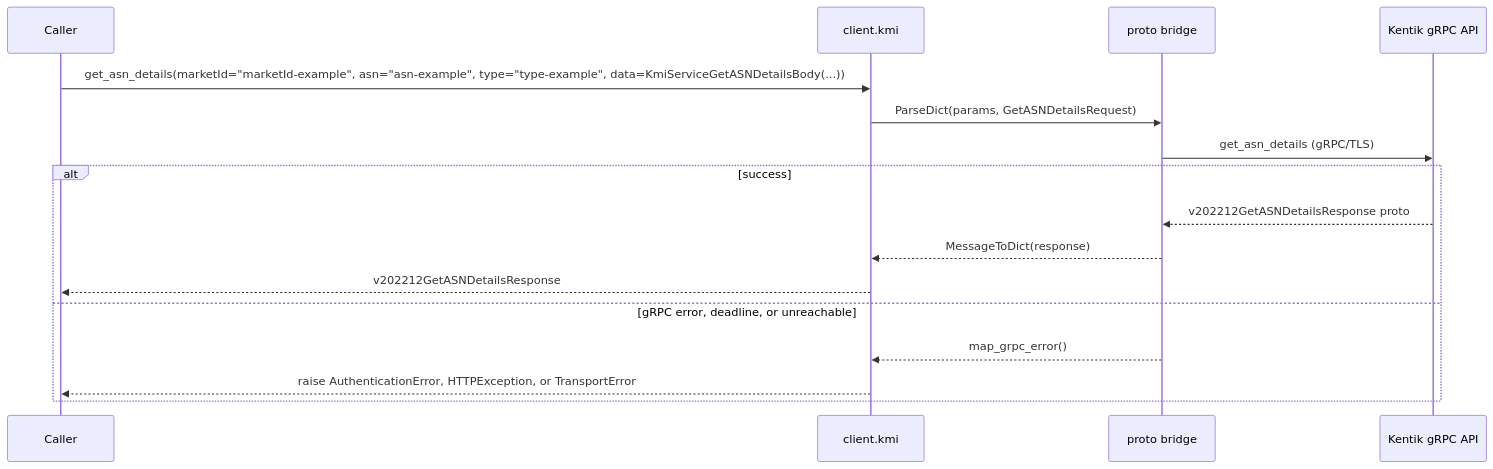
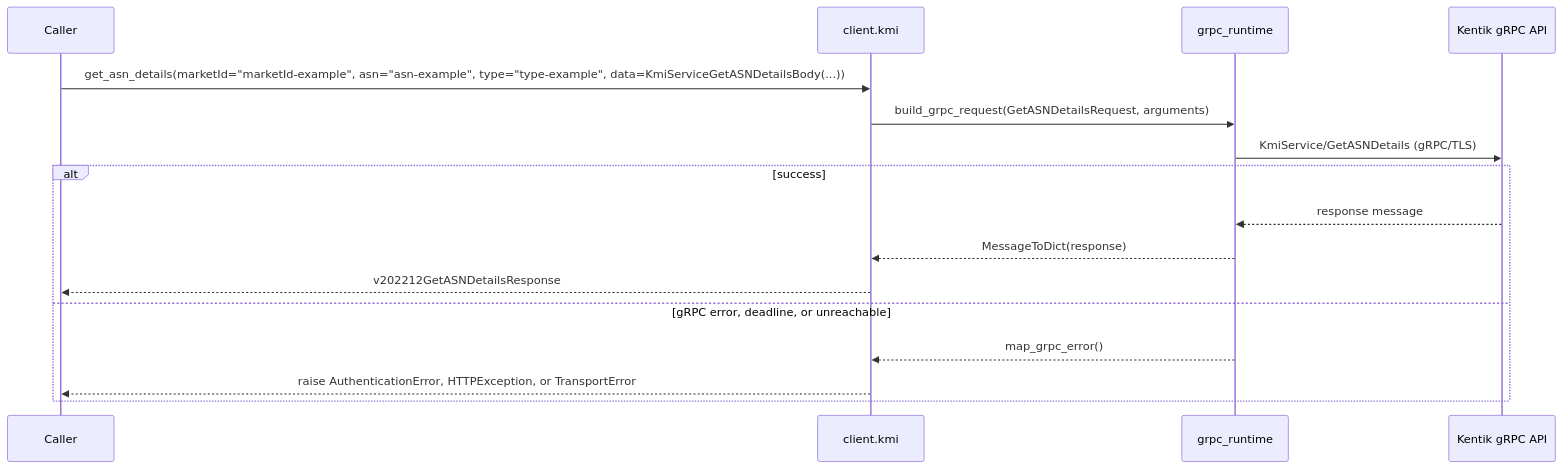
The seventh of 12 diagrams in docs/sphinx/services/kmi.md (alexdearaujo/community_sdk_python), drawn with Mermaid before and after one commit. The commit also changed other lines of this file and 37 other files, not shown here.

First line of the commit message:
docs: show the real RPC in each service page's gRPC diagram

````diff
--- a/docs/sphinx/services/kmi.md
+++ b/docs/sphinx/services/kmi.md
@@ -220,19 +220,19 @@
 ```mermaid
 sequenceDiagram
     participant C as Caller
     participant W as client.kmi
-    participant B as proto bridge
+    participant R as grpc_runtime
     participant API as Kentik gRPC API
 
     C->>W: get_asn_details(marketId="marketId-example", asn="asn-example", type="type-example", data=KmiServiceGetASNDetailsBody(...))
-    W->>B: ParseDict(params, GetASNDetailsRequest)
-    B->>API: get_asn_details (gRPC/TLS)
+    W->>R: build_grpc_request(GetASNDetailsRequest, arguments)
+    R->>API: KmiService/GetASNDetails (gRPC/TLS)
     alt success
-        API-->>B: v202212GetASNDetailsResponse proto
-        B-->>W: MessageToDict(response)
+        API-->>R: response message
+        R-->>W: MessageToDict(response)
         W-->>C: v202212GetASNDetailsResponse
     else gRPC error, deadline, or unreachable
-        B-->>W: map_grpc_error()
+        R-->>W: map_grpc_error()
         W-->>C: raise AuthenticationError, HTTPException, or TransportError
     end
 ```
````
